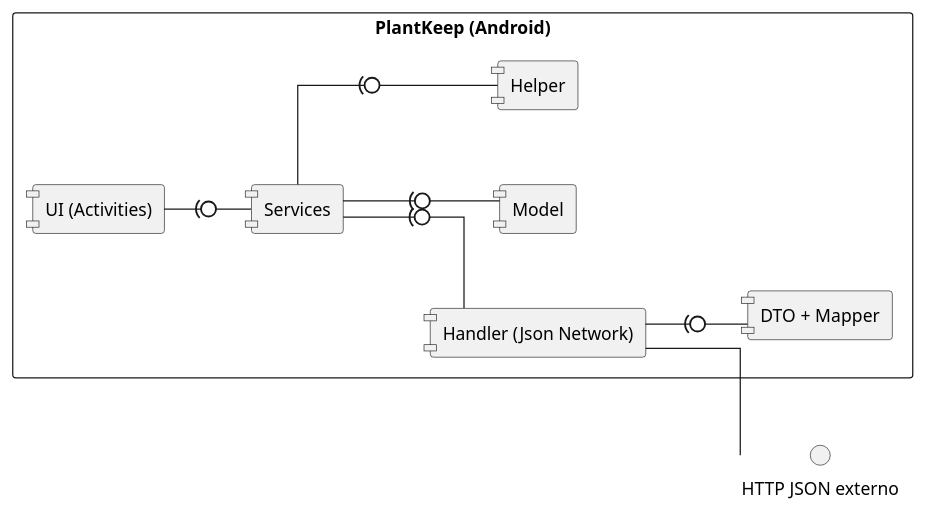
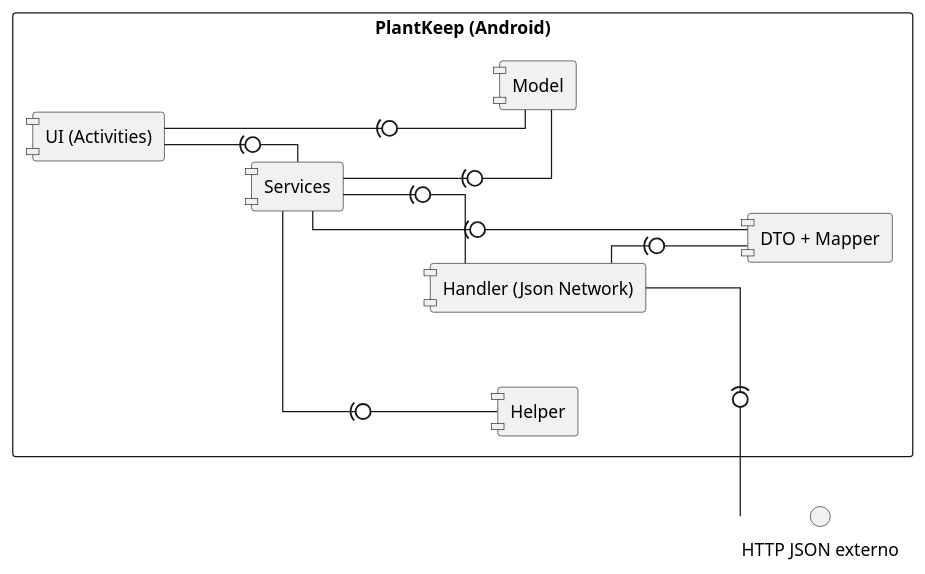
The diagram in .docs/diagramas/design/logical_architecture.puml (compaqle/DSSMV_ProjectDroid_1251486_1251506), drawn with PlantUML before and after one commit. The commit also changed 1 other file, not shown here.

Commit message:
fix diagrama componentes

```diff
--- a/.docs/diagramas/design/logical_architecture.puml
+++ b/.docs/diagramas/design/logical_architecture.puml
@@ -1,29 +1,31 @@
 @startuml
 skinparam monochrome true
 skinparam shadowing false
 skinparam linetype ortho
 skinparam nodesep 60
 skinparam ranksep 70
 skinparam componentStyle uml1
 left to right direction
 
 interface "HTTP JSON externo" as ExtHTTP
 
 rectangle "PlantKeep (Android)" {
     component "UI (Activities)" as UI
     component "Services" as Services
     component "Model" as Model
     component "Helper" as Helper
     component "DTO + Mapper" as DTO
     component "Handler (Json Network)" as Handler
 
     UI -(0- Services
+    UI -(0- Model
     Services -(0- Model
     Services -(0- Helper
     Services -(0- Handler
+    Services -(0- DTO
     Handler -(0- DTO
 }
 
-ExtHTTP -up- Handler
+Handler -(0- ExtHTTP
 
 @enduml
```
